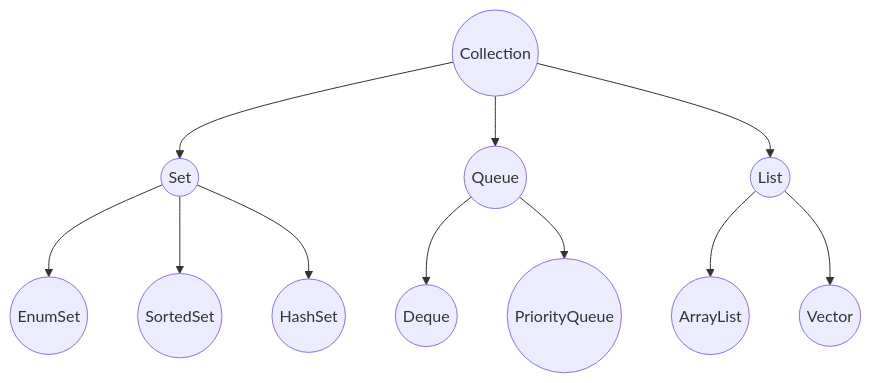
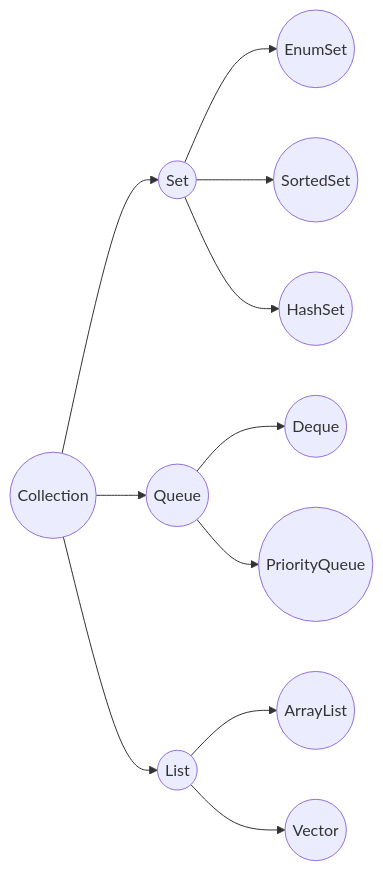
One commit to Daniel-Wei/Algo_DS_Notes changed the diagram in 数据结构/Readme.md. Above: the diagram before and after it, drawn with Mermaid.

````diff
--- a/数据结构/Readme.md
+++ b/数据结构/Readme.md
@@ -3,31 +3,31 @@
 ```mermaid 
-graph TB;
+graph LR;
 
 A((Collection))
 B((Set))
 C((Queue))
 D((List))
 E((EnumSet))
 F((SortedSet))
 G((HashSet))
 H((Deque))
 I((PriorityQueue))
 J((ArrayList))
 K((Vector))
 
 A-->B;
 A-->C;
 A-->D;
 
 B-->E;
 B-->F;
 B-->G;
 
 C-->H;
 C-->I;
 
 D-->J;
 D-->K;
 
 
 ```
````
